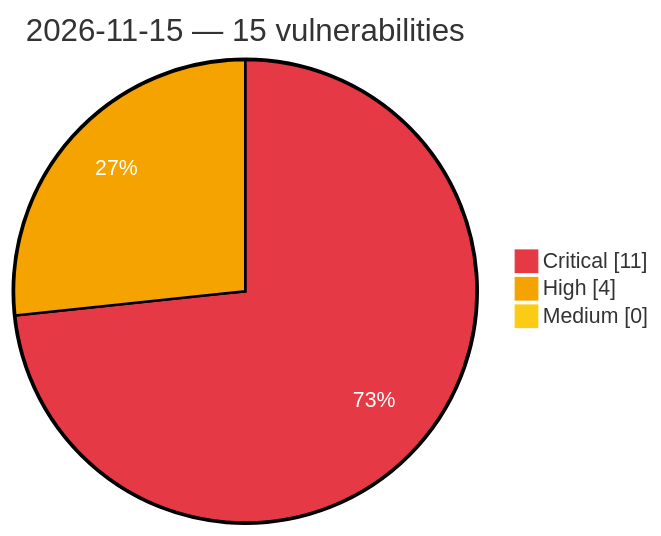
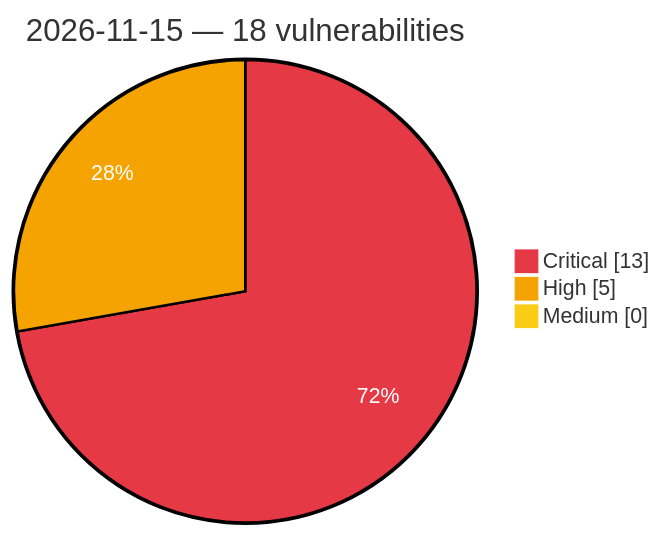
The diagram in vulnerabilities/2026/November/2026-11-15.md (GhostX0X/vuln-tracker), drawn with Mermaid before and after one commit. The commit also changed other lines of this file and 5 other files, not shown here.

Commit message:
Auto update: critical/high vulns (2026-11-15 20:28 UTC)

````diff
--- a/vulnerabilities/2026/November/2026-11-15.md
+++ b/vulnerabilities/2026/November/2026-11-15.md
@@ -3,8 +3,8 @@
 ```mermaid
 %%{init: {'theme':'base', 'themeVariables': {'pie1':'#e63946', 'pie2':'#f4a300', 'pie3':'#facc15', 'pieOpacity':'1', 'pieOuterStrokeWidth':'2px', 'pieSectionTextColor':'#ffffff'}}}%%
 pie showData
-    title 2026-11-15 — 15 vulnerabilities
-    "Critical" : 11
-    "High" : 4
+    title 2026-11-15 — 18 vulnerabilities
+    "Critical" : 13
+    "High" : 5
     "Medium" : 0
 ```
````
